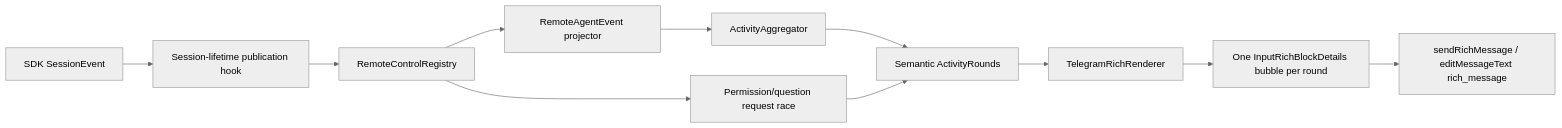
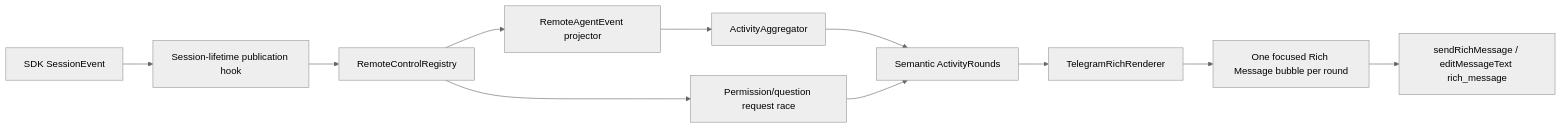
Before and after one commit to SachiHarshitha/vscode-telegram: diagram 14 of 17 in extensions/copilot/docs/telegram-remote/CALL_FLOWS.md, drawn with Mermaid (neutral theme). The commit also changed other lines of this file and 21 other files, not shown here.

````diff
--- a/extensions/copilot/docs/telegram-remote/CALL_FLOWS.md
+++ b/extensions/copilot/docs/telegram-remote/CALL_FLOWS.md
@@ -386,13 +386,13 @@
 ```mermaid
 flowchart LR
     A[SDK SessionEvent] --> B[Session-lifetime publication hook]
     B --> C[RemoteControlRegistry]
     C --> N[RemoteAgentEvent projector]
     N --> D[ActivityAggregator]
     D --> E[Semantic ActivityRounds]
     E --> F[TelegramRichRenderer]
-    F --> G[One InputRichBlockDetails bubble per round]
+    F --> G[One focused Rich Message bubble per round]
     G --> H[sendRichMessage / editMessageText rich_message]
     C --> I[Permission/question request race]
     I --> E
 ```
````
